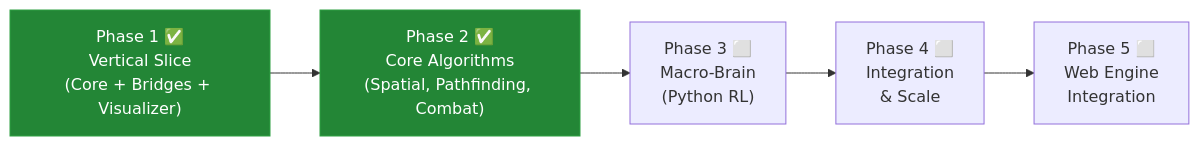
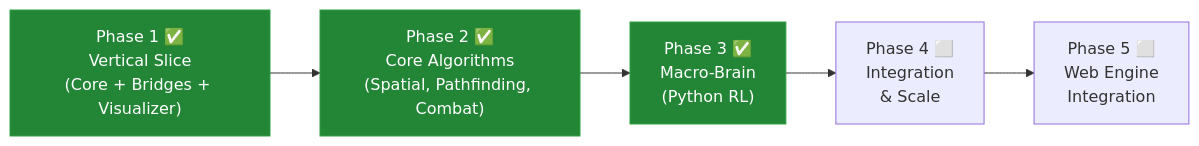
The diagram in ROADMAP.md (QiQi14/mass-swarm-ai-simulator), drawn with Mermaid before and after one commit. The commit also changed other lines of this file and 232 other files, not shown here.

````diff
--- a/ROADMAP.md
+++ b/ROADMAP.md
@@ -9,16 +9,17 @@
 ```mermaid
 graph LR
     P1["Phase 1 ✅\nVertical Slice\n(Core + Bridges + Visualizer)"]
     P2["Phase 2 ✅\nCore Algorithms\n(Spatial, Pathfinding, Combat)"]
-    P3["Phase 3 ⬜\nMacro-Brain\n(Python RL)"]
+    P3["Phase 3 ✅\nMacro-Brain\n(Python RL)"]
     P4["Phase 4 ⬜\nIntegration\n& Scale"]
     P5["Phase 5 ⬜\nWeb Engine\nIntegration"]
 
     P1 --> P2
     P2 --> P3
     P3 --> P4
     P4 --> P5
 
     style P1 fill:#238636,stroke:#2ea043,color:#fff
     style P2 fill:#238636,stroke:#2ea043,color:#fff
+    style P3 fill:#238636,stroke:#2ea043,color:#fff
 ```
````
